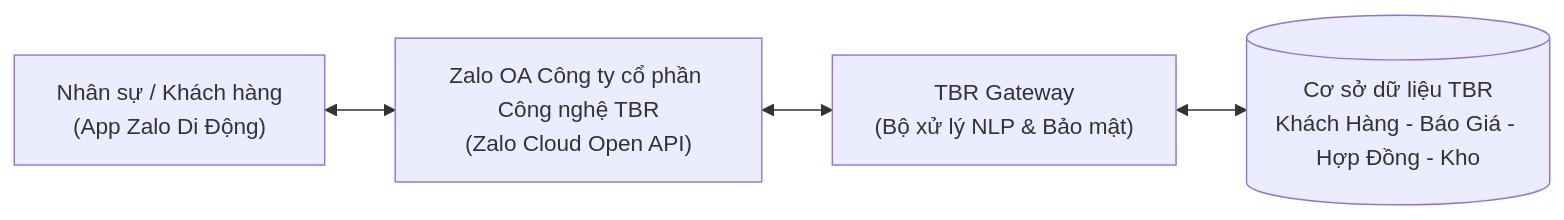
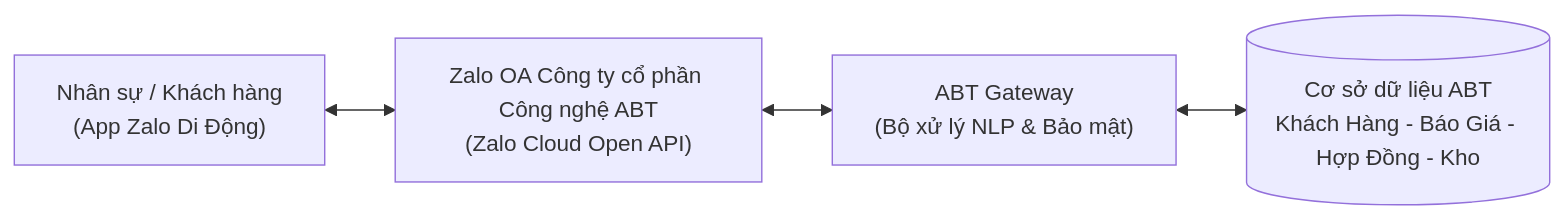
One commit to ndkhanh6886-blip/ABT-PORTAL changed the first of 4 diagrams in docs/HUONG_DAN_SU_DUNG_ZALO_DIEU_HANH.md. Above: the diagram before and after it, drawn with Mermaid. The commit also changed other lines of this file and 88 other files, not shown here.

First line of the commit message:
feat: ABT Portal — bản sao cho Công ty TNHH Giải pháp Y sinh ABT

````diff
--- a/docs/HUONG_DAN_SU_DUNG_ZALO_DIEU_HANH.md
+++ b/docs/HUONG_DAN_SU_DUNG_ZALO_DIEU_HANH.md
@@ -29,6 +29,6 @@
 ```mermaid
 flowchart LR
-    A["Nhân sự / Khách hàng\n(App Zalo Di Động)"] <--> B["Zalo OA Công ty cổ phần Công nghệ TBR\n(Zalo Cloud Open API)"]
-    B <--> C["TBR Gateway\n(Bộ xử lý NLP & Bảo mật)"]
-    C <--> D[("Cơ sở dữ liệu TBR\nKhách Hàng - Báo Giá - Hợp Đồng - Kho")]
+    A["Nhân sự / Khách hàng\n(App Zalo Di Động)"] <--> B["Zalo OA Công ty cổ phần Công nghệ ABT\n(Zalo Cloud Open API)"]
+    B <--> C["ABT Gateway\n(Bộ xử lý NLP & Bảo mật)"]
+    C <--> D[("Cơ sở dữ liệu ABT\nKhách Hàng - Báo Giá - Hợp Đồng - Kho")]
 ```
````
